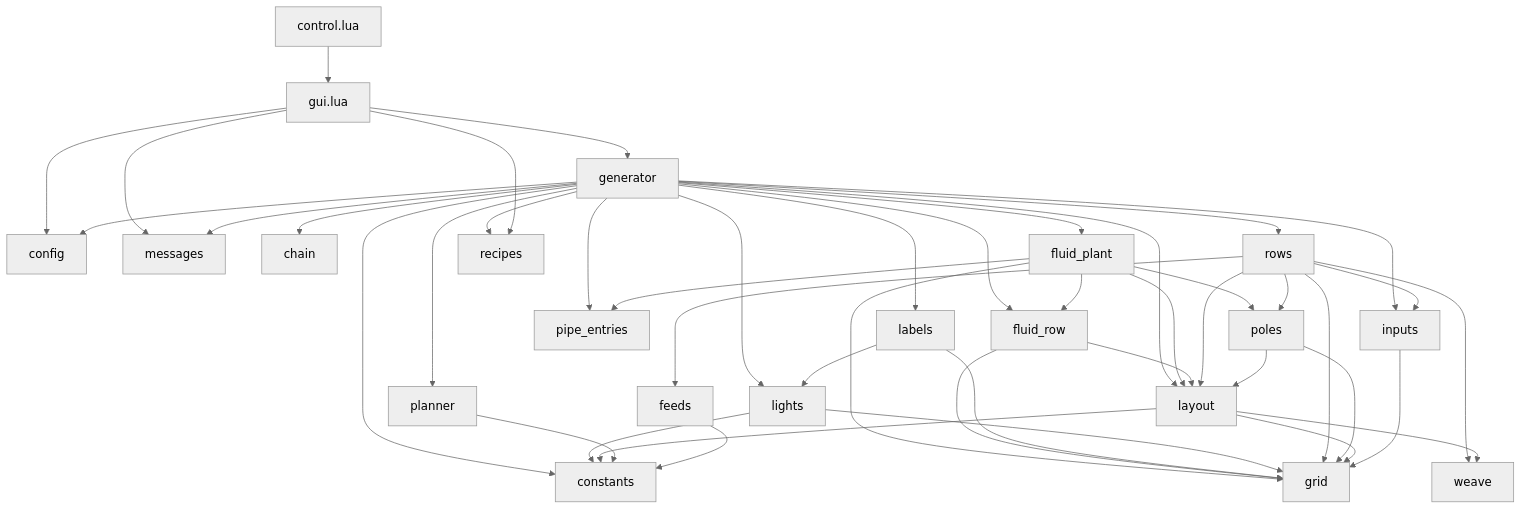
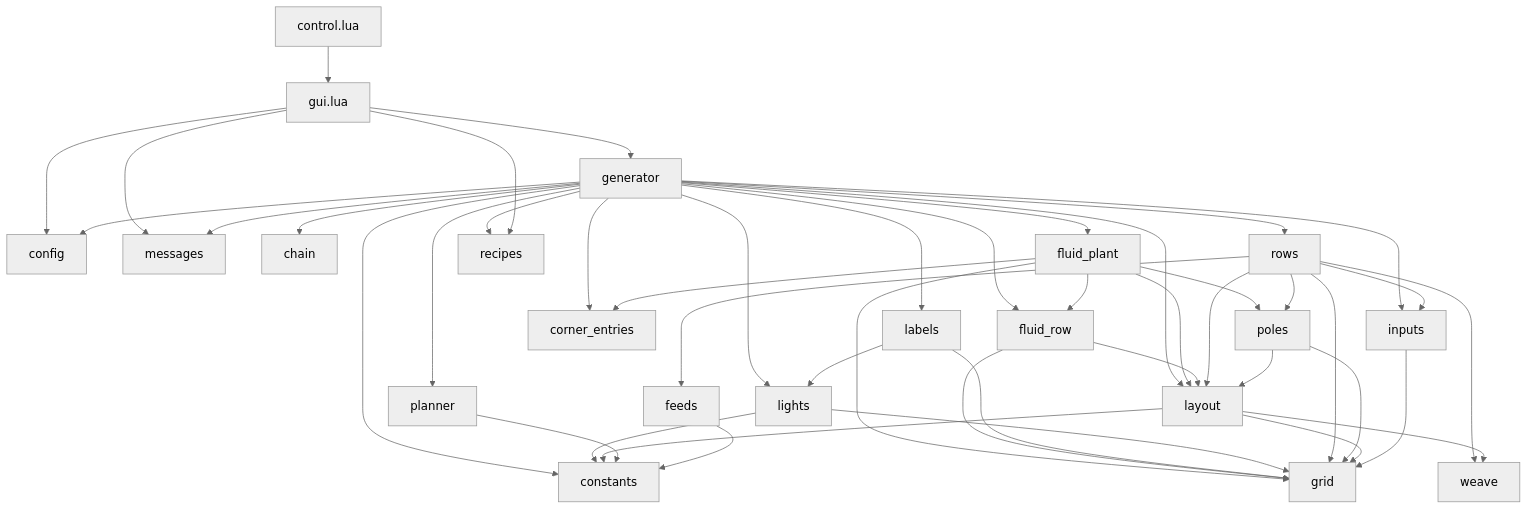
The second of 6 diagrams in TYPES.md (RibbonedAce/factorio-blueprint-generation), drawn with Mermaid (neutral theme) before and after one commit. The commit also changed other lines of this file and 17 other files, not shown here.

````diff
--- a/TYPES.md
+++ b/TYPES.md
@@ -65,47 +65,47 @@
 ```mermaid
 flowchart TD
   control["control.lua"] --> gui["gui.lua"]
   gui --> generator
   gui --> config
   gui --> messages
   generator --> config
   generator --> constants
   generator --> chain
   generator --> planner
   generator --> layout
   generator --> inputs
   generator --> rows
   generator --> fluid_row
   generator --> fluid_plant
-  generator --> pipe_entries
-  fluid_plant --> pipe_entries
+  generator --> corner_entries
+  fluid_plant --> corner_entries
   fluid_plant --> fluid_row
   fluid_plant --> poles
   fluid_plant --> layout
   fluid_plant --> grid
   generator --> recipes
   gui --> recipes
   fluid_row --> layout
   fluid_row --> grid
   generator --> labels
   generator --> lights
   labels --> lights
   labels --> grid
   generator --> messages
   lights --> constants
   lights --> grid
   rows --> feeds
   rows --> inputs
   rows --> layout
   rows --> poles
   rows --> weave
   rows --> grid
   poles --> layout
   poles --> grid
   layout --> constants
   layout --> grid
   layout --> weave
   planner --> constants
   feeds --> constants
   inputs --> grid
 ```
````
